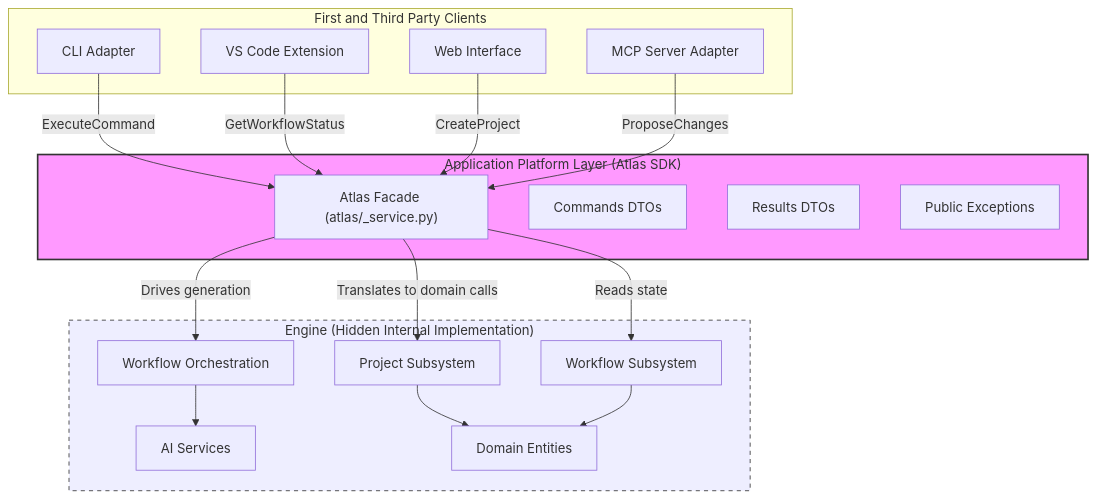
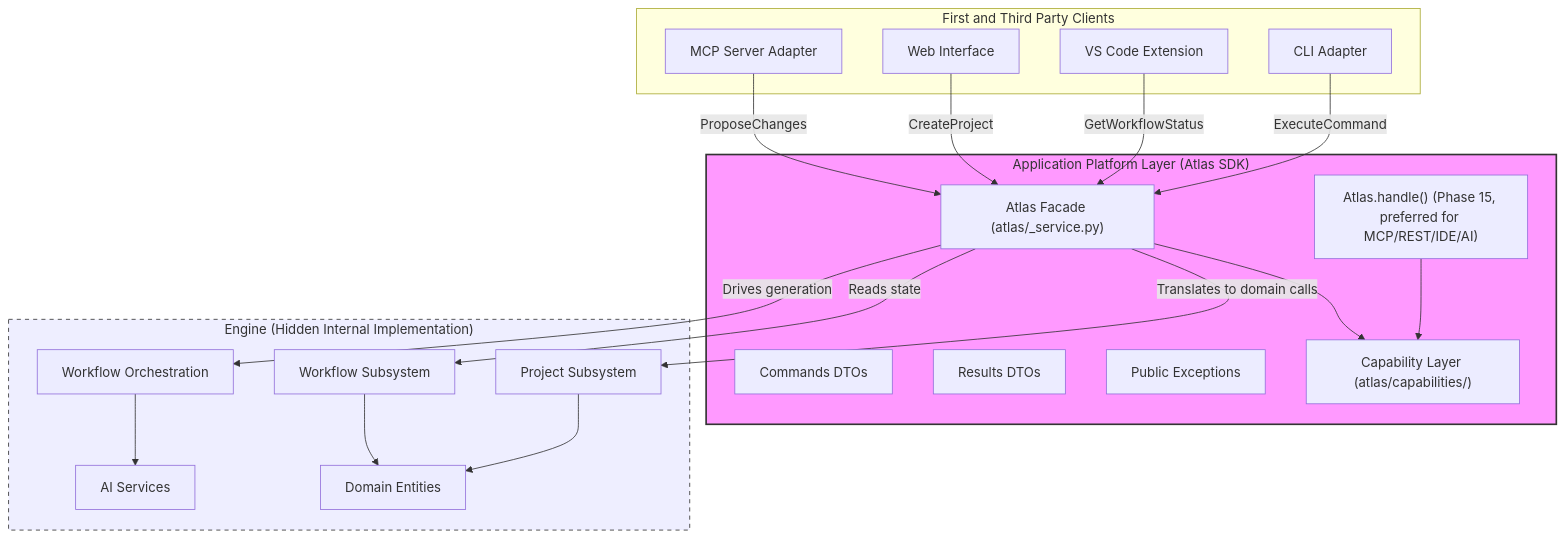
The diagram in docs/diagrams/application-platform.md (sahil-mangla/atlas), drawn with Mermaid before and after one commit. The commit also changed other lines of this file and 37 other files, not shown here.

Commit message:
Phase 15: Platform Layer capability, contract, and adapter boundary

````diff
--- a/docs/diagrams/application-platform.md
+++ b/docs/diagrams/application-platform.md
@@ -3,40 +3,44 @@
 ```mermaid
 flowchart TD
     subgraph Clients["First and Third Party Clients"]
         CLI["CLI Adapter"]
         VSCode["VS Code Extension"]
         Web["Web Interface"]
         MCP["MCP Server Adapter"]
     end
 
     subgraph AtlasSDK["Application Platform Layer (Atlas SDK)"]
         AtlasFacade["Atlas Facade (atlas/_service.py)"]
         Commands["Commands DTOs"]
         Results["Results DTOs"]
         Exceptions["Public Exceptions"]
+        Handle["Atlas.handle() (Phase 15, preferred for MCP/REST/IDE/AI)"]
+        Capabilities["Capability Layer (atlas/capabilities/)"]
+        Handle --> Capabilities
+        AtlasFacade --> Capabilities
     end
 
     subgraph Engine["Engine (Hidden Internal Implementation)"]
         Project["Project Subsystem"]
         Workflow["Workflow Subsystem"]
         Orchestration["Workflow Orchestration"]
         AI["AI Services"]
         Domain["Domain Entities"]
     end
 
     CLI -->|ExecuteCommand| AtlasFacade
     VSCode -->|GetWorkflowStatus| AtlasFacade
     Web -->|CreateProject| AtlasFacade
     MCP -->|ProposeChanges| AtlasFacade
 
     AtlasFacade -->|Translates to domain calls| Project
     AtlasFacade -->|Reads state| Workflow
     AtlasFacade -->|Drives generation| Orchestration
     
     Orchestration --> AI
     Project --> Domain
     Workflow --> Domain
 
     style AtlasSDK fill:#f9f,stroke:#333,stroke-width:2px
     style Engine fill:#eef,stroke:#333,stroke-dasharray: 5 5
 ```
````
